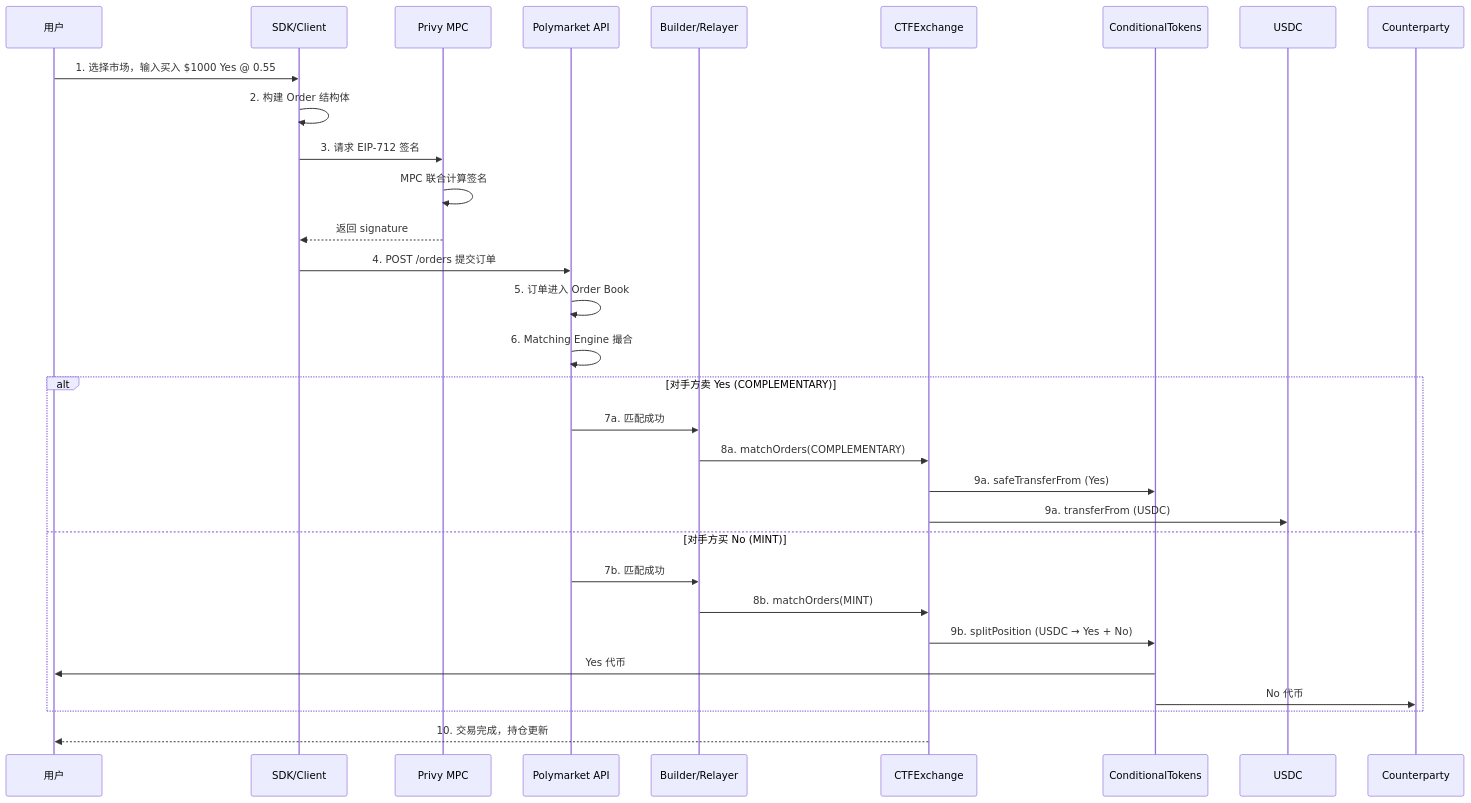
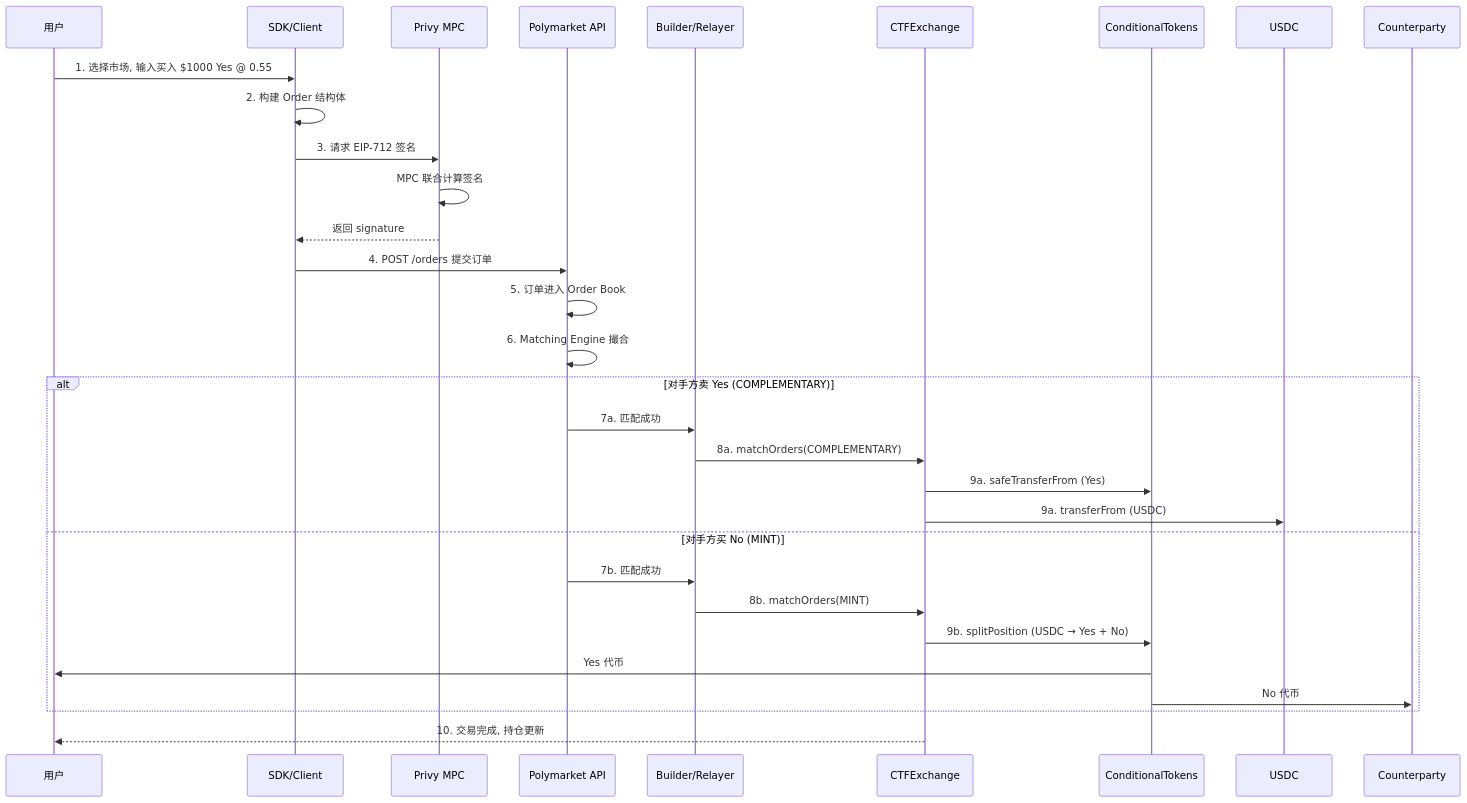
One commit to CoCoMilkyWay/poly changed the first of 7 diagrams in doc/Protocol.md. Above: the diagram before and after it, drawn with Mermaid. The commit also changed other lines of this file and 20 other files, not shown here.

````diff
--- a/doc/Protocol.md
+++ b/doc/Protocol.md
@@ -417,35 +417,35 @@
 ```mermaid
 sequenceDiagram
     participant User as 用户
     participant SDK as SDK/Client
     participant Privy as Privy MPC
     participant API as Polymarket API
     participant Relayer as Builder/Relayer
     participant Exchange as CTFExchange
     participant CTF as ConditionalTokens
     participant USDC as USDC
 
-    User->>SDK: 1. 选择市场，输入买入 $1000 Yes @ 0.55
+    User->>SDK: 1. 选择市场, 输入买入 $1000 Yes @ 0.55
     SDK->>SDK: 2. 构建 Order 结构体
     SDK->>Privy: 3. 请求 EIP-712 签名
     Privy->>Privy: MPC 联合计算签名
     Privy-->>SDK: 返回 signature
     SDK->>API: 4. POST /orders 提交订单
     API->>API: 5. 订单进入 Order Book
     API->>API: 6. Matching Engine 撮合
 
     alt 对手方卖 Yes (COMPLEMENTARY)
         API->>Relayer: 7a. 匹配成功
         Relayer->>Exchange: 8a. matchOrders(COMPLEMENTARY)
         Exchange->>CTF: 9a. safeTransferFrom (Yes)
         Exchange->>USDC: 9a. transferFrom (USDC)
     else 对手方买 No (MINT)
         API->>Relayer: 7b. 匹配成功
         Relayer->>Exchange: 8b. matchOrders(MINT)
         Exchange->>CTF: 9b. splitPosition (USDC → Yes + No)
         CTF->>User: Yes 代币
         CTF->>Counterparty: No 代币
     end
 
-    Exchange-->>User: 10. 交易完成，持仓更新
+    Exchange-->>User: 10. 交易完成, 持仓更新
 ```
````
